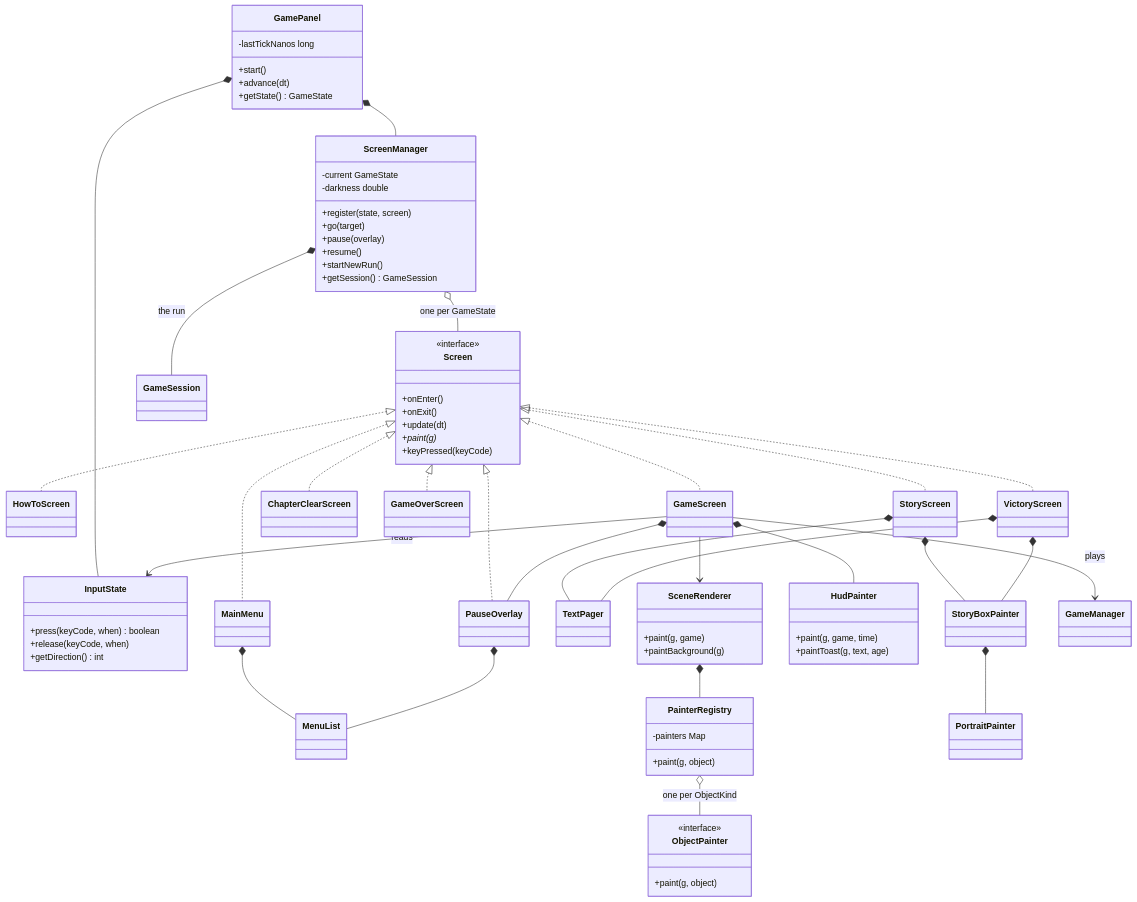
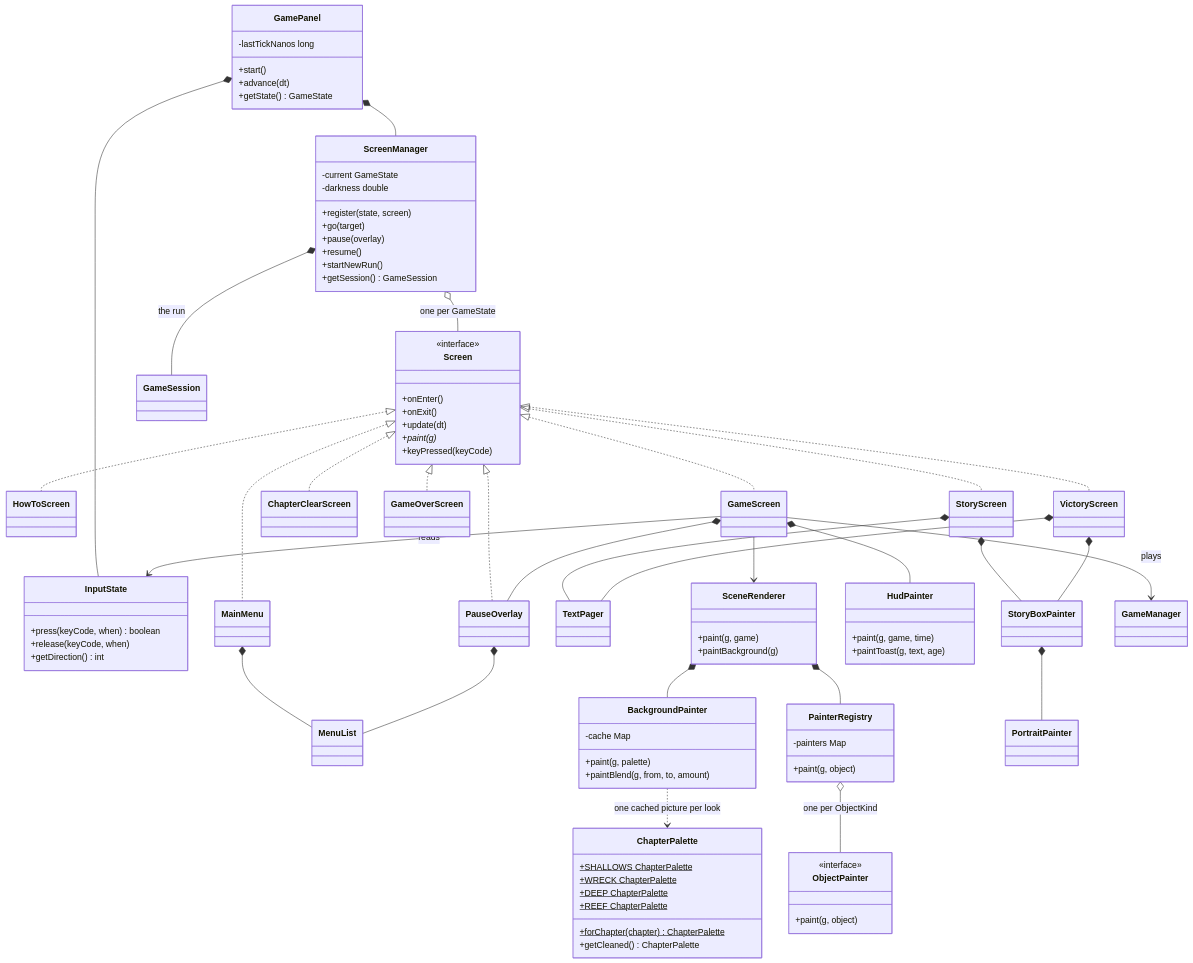
Before and after one commit to NJJAV33/Fish2trash: the fifth of 5 diagrams in docs/class-diagram.md, drawn with Mermaid. The commit also changed 11 other files, not shown here.

First line of the commit message:
feat(ui): add chapter palettes and cached backgrounds

````diff
--- a/docs/class-diagram.md
+++ b/docs/class-diagram.md
@@ -519,6 +519,21 @@
         +paintToast(g, text, age)
     }
 
+    class BackgroundPainter {
+        -cache Map
+        +paint(g, palette)
+        +paintBlend(g, from, to, amount)
+    }
+
+    class ChapterPalette {
+        +SHALLOWS ChapterPalette$
+        +WRECK ChapterPalette$
+        +DEEP ChapterPalette$
+        +REEF ChapterPalette$
+        +forChapter(chapter)$ ChapterPalette
+        +getCleaned() ChapterPalette
+    }
+
     class StoryBoxPainter
     class PortraitPainter
     class GameSession
@@ -548,6 +563,8 @@
     GameScreen --> GameManager : plays
     GameScreen --> SceneRenderer
     GameScreen --> InputState : reads
+    SceneRenderer *-- BackgroundPainter
+    BackgroundPainter ..> ChapterPalette : one cached picture per look
     SceneRenderer *-- PainterRegistry
     PainterRegistry o-- ObjectPainter : one per ObjectKind
 ```
````
